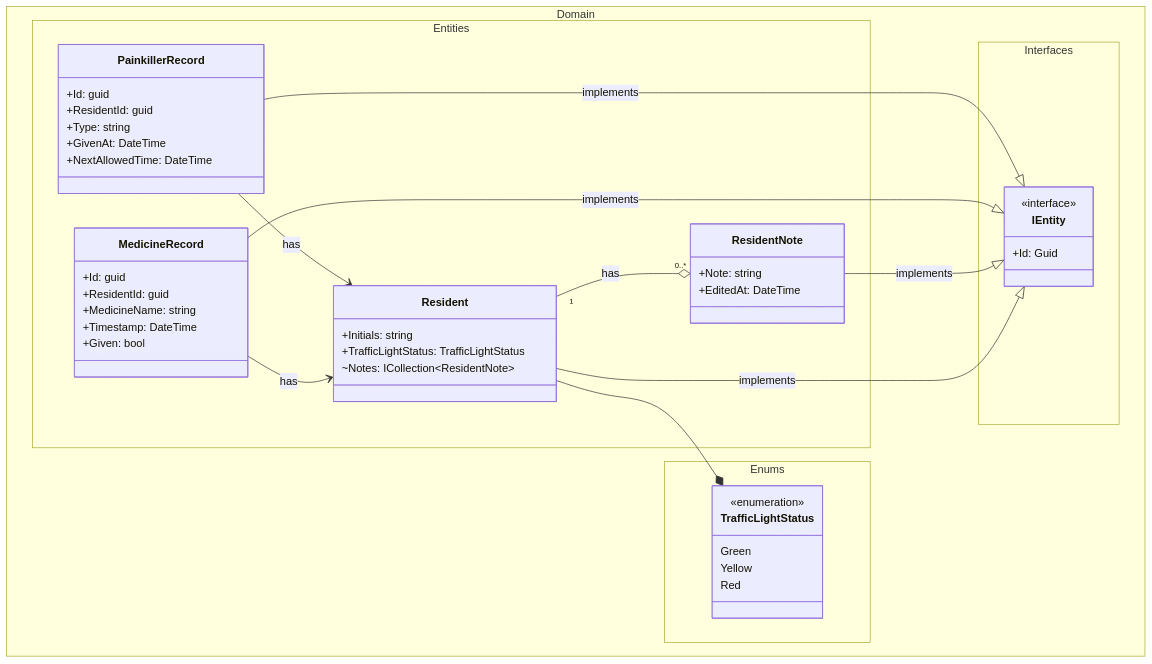
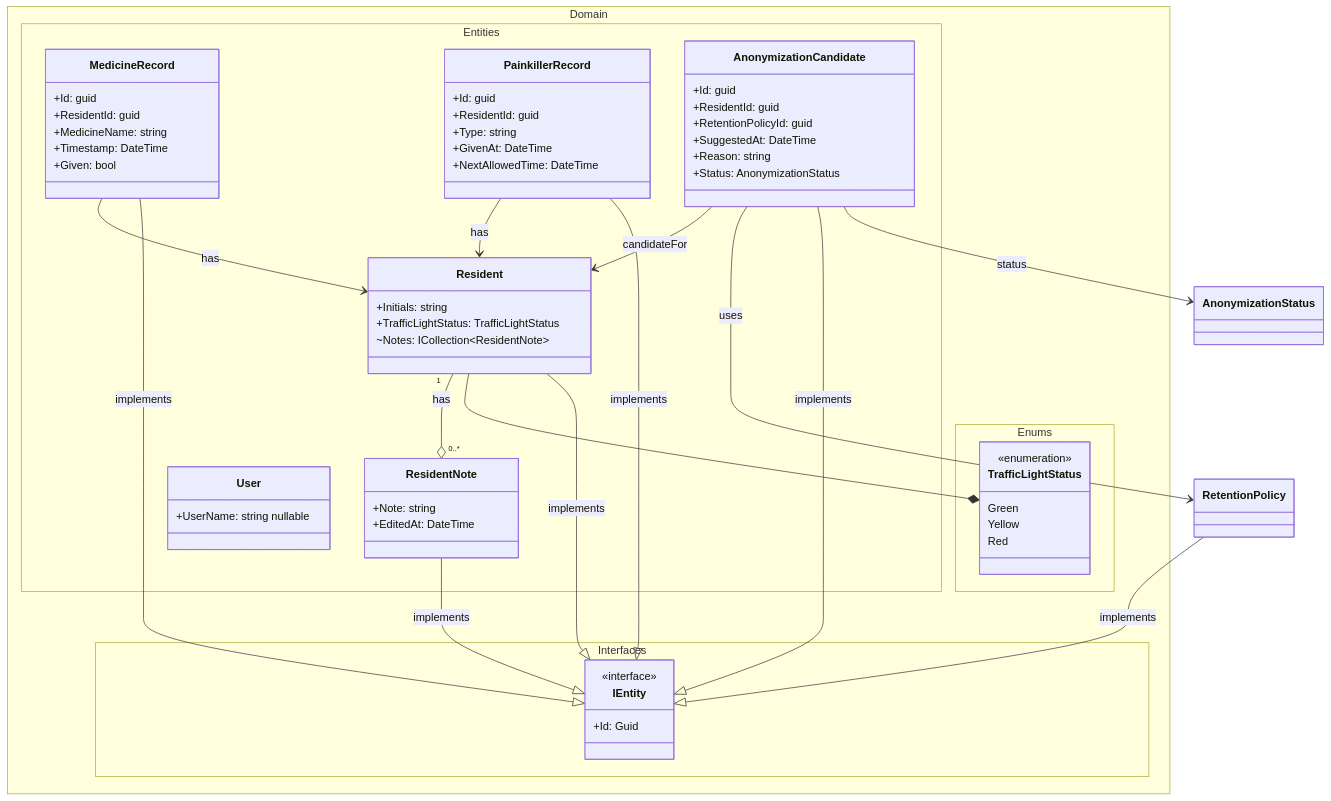
One commit to DMOoF25-Team6/Slottets-Drifttavlen changed the first of 5 diagrams in docs/dcd.md. Above: the diagram before and after it, drawn with Mermaid. The commit also changed 2 other files, not shown here.

Commit message:
Add Entities

```diff
--- a/docs/dcd.md
+++ b/docs/dcd.md
@@ -48,6 +48,18 @@
       +GivenAt: DateTime
       +NextAllowedTime: DateTime
     }
+    class AnonymizationCandidate {
+      +Id: guid
+      +ResidentId: guid
+      +RetentionPolicyId: guid
+      +SuggestedAt: DateTime
+      +Reason: string
+      +Status: AnonymizationStatus
+    }
+    class User {
+      +UserName: string nullable
+
+    }
   }
 
   namespace Domain.Enums {
@@ -71,6 +83,10 @@
   Resident --* TrafficLightStatus : 
   MedicineRecord --> Resident : has
   PainkillerRecord --> Resident : has
+  AnonymizationCandidate --> Resident : candidateFor
+  AnonymizationCandidate --> RetentionPolicy : uses
+  AnonymizationCandidate --|> IEntity : implements
+  AnonymizationCandidate --> AnonymizationStatus : status
   %% Associations for Interfaces
 
   %% Interface Implementations
@@ -82,6 +98,7 @@
   ResidentNote --|> IEntity : implements
   MedicineRecord --|> IEntity : implements
   PainkillerRecord --|> IEntity : implements
+  RetentionPolicy --|> IEntity : implements
 
   %% Service Dependencies
 
```
